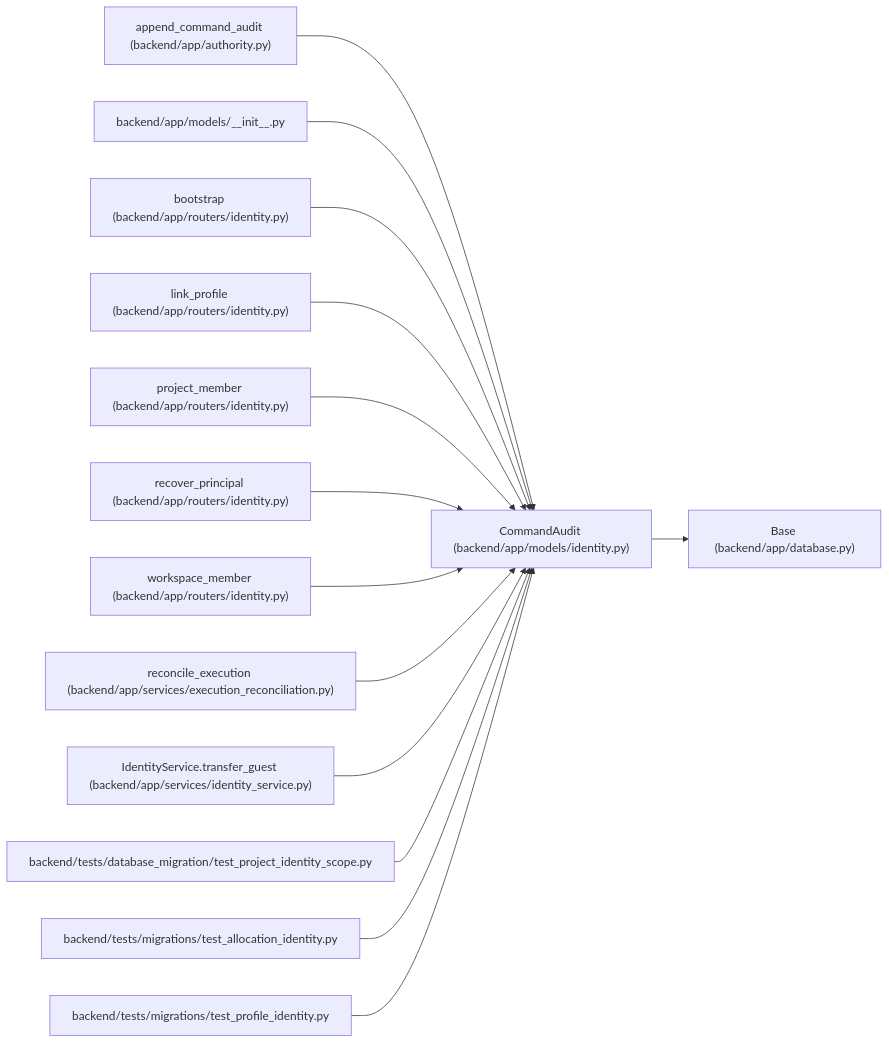
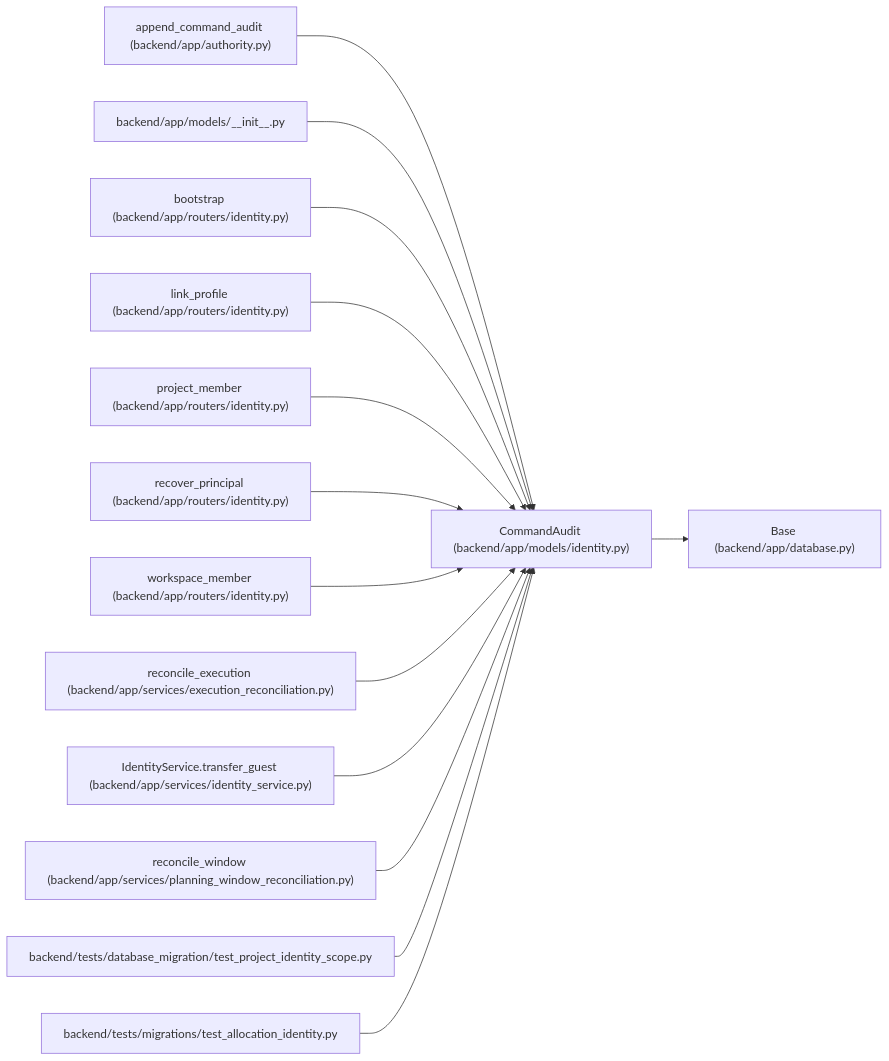
Before and after one commit to Denissvgn/WorkChord: the diagram in docs/llm_wiki/entities/CommandAudit.md, drawn with Mermaid. The commit also changed other lines of this file and 868 other files, not shown here.

Commit message:
Document authenticated planning-window recovery and retained worker evidence

````diff
--- a/docs/llm_wiki/entities/CommandAudit.md
+++ b/docs/llm_wiki/entities/CommandAudit.md
@@ -33,44 +33,44 @@
 ```mermaid
 flowchart LR
     n0["CommandAudit (backend/app/models/identity.py)"]
     n1["Base (backend/app/database.py)"]
     n2["append_command_audit (backend/app/authority.py)"]
     n3["backend/app/models/__init__.py"]
     n4["bootstrap (backend/app/routers/identity.py)"]
     n5["link_profile (backend/app/routers/identity.py)"]
     n6["project_member (backend/app/routers/identity.py)"]
     n7["recover_principal (backend/app/routers/identity.py)"]
     n8["workspace_member (backend/app/routers/identity.py)"]
     n9["reconcile_execution (backend/app/services/execution_reconciliation.py)"]
     n10["IdentityService.transfer_guest (backend/app/services/identity_service.py)"]
-    n11["backend/tests/database_migration/test_project_identity_scope.py"]
-    n12["backend/tests/migrations/test_allocation_identity.py"]
-    n13["backend/tests/migrations/test_profile_identity.py"]
+    n11["reconcile_window (backend/app/services/planning_window_reconciliation.py)"]
+    n12["backend/tests/database_migration/test_project_identity_scope.py"]
+    n13["backend/tests/migrations/test_allocation_identity.py"]
     n0 --> n1
     n2 --> n0
     n3 --> n0
     n4 --> n0
     n5 --> n0
     n6 --> n0
     n7 --> n0
     n8 --> n0
     n9 --> n0
     n10 --> n0
     n11 --> n0
     n12 --> n0
     n13 --> n0
     click n0 "../modules/models_identity.md"
     click n1 "../modules/app_database.md"
     click n2 "../modules/authority.md"
     click n3 "../modules/models___init__.md"
     click n4 "../modules/routers_identity.md"
     click n5 "../modules/routers_identity.md"
     click n6 "../modules/routers_identity.md"
     click n7 "../modules/routers_identity.md"
     click n8 "../modules/routers_identity.md"
     click n9 "../modules/execution_reconciliation.md"
     click n10 "../modules/identity_service.md"
-    click n11 "../modules/test_project_identity_scope.md"
-    click n12 "../modules/test_allocation_identity.md"
-    click n13 "../modules/test_profile_identity.md"
+    click n11 "../modules/planning_window_reconciliation.md"
+    click n12 "../modules/test_project_identity_scope.md"
+    click n13 "../modules/test_allocation_identity.md"
 ```
````
